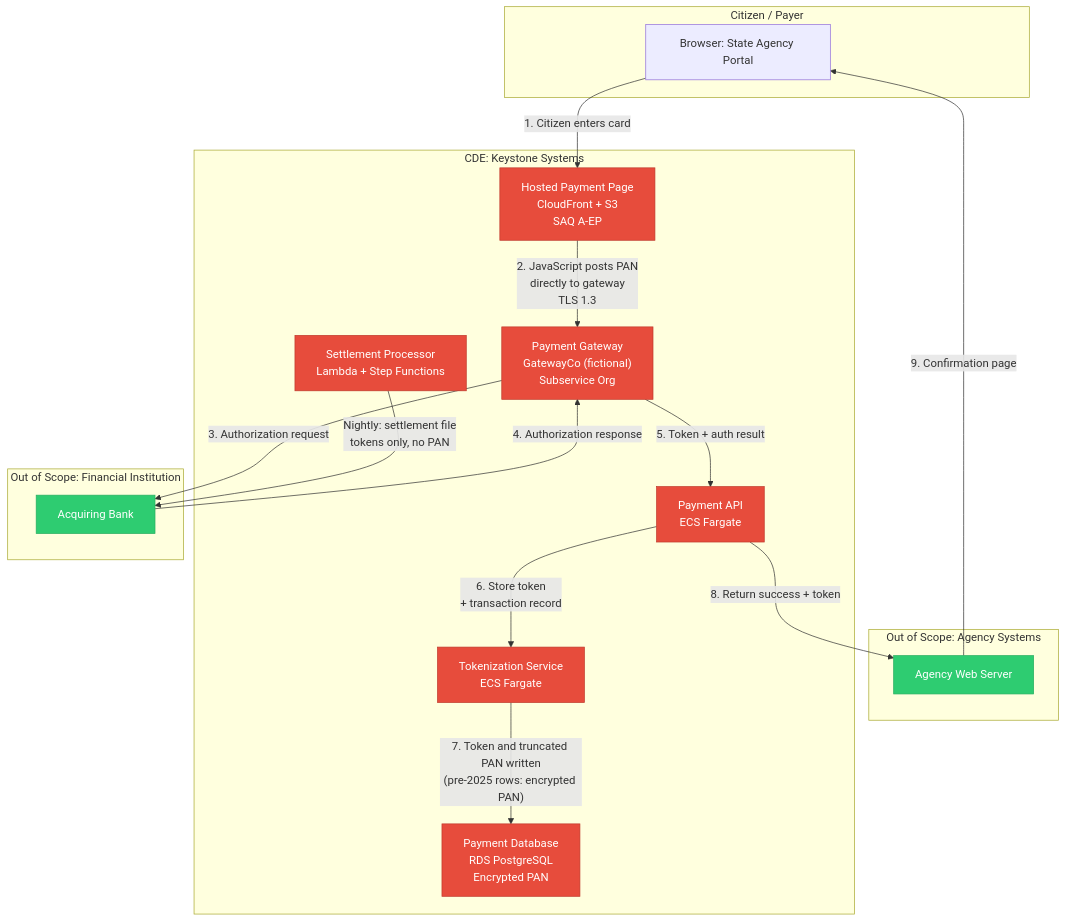
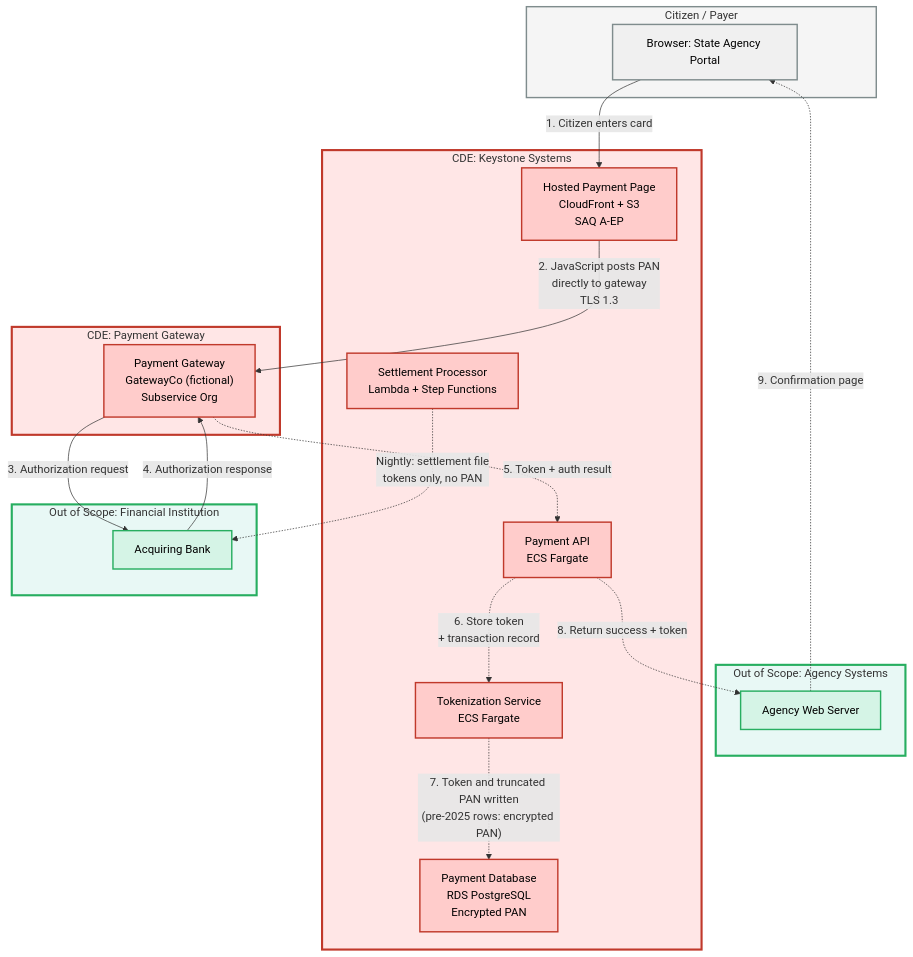
Before and after one commit to Josephkamara/audit-defense-portfolio: the first of 3 diagrams in projects/payment-processor-compliance-program/01-scoping/cardholder-data-flow.md, drawn with Mermaid. The commit also changed other lines of this file, not shown here.

First line of the commit message:
Fix diagram colors, line types, and layout to match legend

````diff
--- a/projects/payment-processor-compliance-program/01-scoping/cardholder-data-flow.md
+++ b/projects/payment-processor-compliance-program/01-scoping/cardholder-data-flow.md
@@ -17,44 +17,53 @@
 ```mermaid
 graph TB
-    subgraph "Citizen / Payer"
+    subgraph citizen["Citizen / Payer"]
         A["Browser: State Agency Portal"]
     end
     
-    subgraph "Out of Scope: Agency Systems"
+    subgraph agency["Out of Scope: Agency Systems"]
         B["Agency Web Server"]
     end
     
-    subgraph "CDE: Keystone Systems"
+    subgraph cde["CDE: Keystone Systems"]
         C["Hosted Payment Page<br/>CloudFront + S3<br/>SAQ A-EP"]
-        D["Payment Gateway<br/>GatewayCo (fictional)<br/>Subservice Org"]
         E["Payment API<br/>ECS Fargate"]
         F["Tokenization Service<br/>ECS Fargate"]
         G["Payment Database<br/>RDS PostgreSQL<br/>Encrypted PAN"]
         H["Settlement Processor<br/>Lambda + Step Functions"]
     end
     
-    subgraph "Out of Scope: Financial Institution"
+    subgraph gateway["CDE: Payment Gateway"]
+        D["Payment Gateway<br/>GatewayCo (fictional)<br/>Subservice Org"]
+    end
+    
+    subgraph bank["Out of Scope: Financial Institution"]
         I["Acquiring Bank"]
     end
     
     A -->|"1. Citizen enters card"| C
     C -->|"2. JavaScript posts PAN<br/>directly to gateway<br/>TLS 1.3"| D
     D -->|"3. Authorization request"| I
     I -->|"4. Authorization response"| D
-    D -->|"5. Token + auth result"| E
-    E -->|"6. Store token<br/>+ transaction record"| F
-    F -->|"7. Token and truncated PAN written<br/>(pre-2025 rows: encrypted PAN)"| G
-    E -->|"8. Return success + token"| B
-    B -->|"9. Confirmation page"| A
+    D -.->|"5. Token + auth result"| E
+    E -.->|"6. Store token<br/>+ transaction record"| F
+    F -.->|"7. Token and truncated PAN written<br/>(pre-2025 rows: encrypted PAN)"| G
+    E -.->|"8. Return success + token"| B
+    B -.->|"9. Confirmation page"| A
+    H -.->|"Nightly: settlement file<br/>tokens only, no PAN"| I
     
-    H -->|"Nightly: settlement file<br/>tokens only, no PAN"| I
+    classDef cdeNode fill:#ffcccb,stroke:#c0392b,stroke-width:2px,color:#000
+    classDef outOfScopeNode fill:#d5f4e6,stroke:#27ae60,stroke-width:2px,color:#000
+    classDef citizenNode fill:#f0f0f0,stroke:#7f8c8d,stroke-width:2px,color:#000
     
-    style C fill:#e74c3c,stroke:#c0392b,color:#fff
-    style D fill:#e74c3c,stroke:#c0392b,color:#fff
-    style E fill:#e74c3c,stroke:#c0392b,color:#fff
-    style F fill:#e74c3c,stroke:#c0392b,color:#fff
-    style G fill:#e74c3c,stroke:#c0392b,color:#fff
-    style H fill:#e74c3c,stroke:#c0392b,color:#fff
-    style B fill:#2ecc71,stroke:#27ae60,color:#fff
-    style I fill:#2ecc71,stroke:#27ae60,color:#fff
+    class C,D,E,F,G,H cdeNode
+    class B,I outOfScopeNode
+    class A citizenNode
+    
+    classDef cdeSubgraph fill:#ffe6e6,stroke:#c0392b,stroke-width:3px
+    classDef outOfScopeSubgraph fill:#e8f8f5,stroke:#27ae60,stroke-width:3px
+    classDef citizenSubgraph fill:#f5f5f5,stroke:#7f8c8d,stroke-width:2px
+    
+    class cde,gateway cdeSubgraph
+    class agency,bank outOfScopeSubgraph
+    class citizen citizenSubgraph
 ```
````
